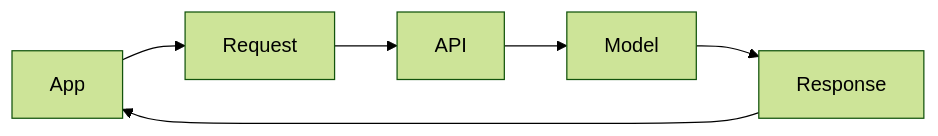
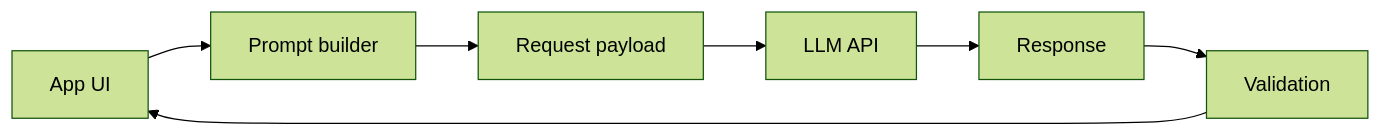
Before and after one commit to Asabeneh/30-Days-Of-AI-Engineering: the first of 11 diagrams in day_06/day_06_llm_apis.md, drawn with Mermaid (forest theme). The commit also changed other lines of this file and 49 other files, not shown here.

````diff
--- a/day_06/day_06_llm_apis.md
+++ b/day_06/day_06_llm_apis.md
@@ -44,8 +68,9 @@
 ```mermaid
-graph LR
-    App --> Request
-    Request --> API
-    API --> Model
-    Model --> Response
-    Response --> App
+flowchart LR
+    UI[App UI] --> PB[Prompt builder]
+    PB --> REQ[Request payload]
+    REQ --> API[LLM API]
+    API --> RES[Response]
+    RES --> VAL[Validation]
+    VAL --> UI
 ```
````
